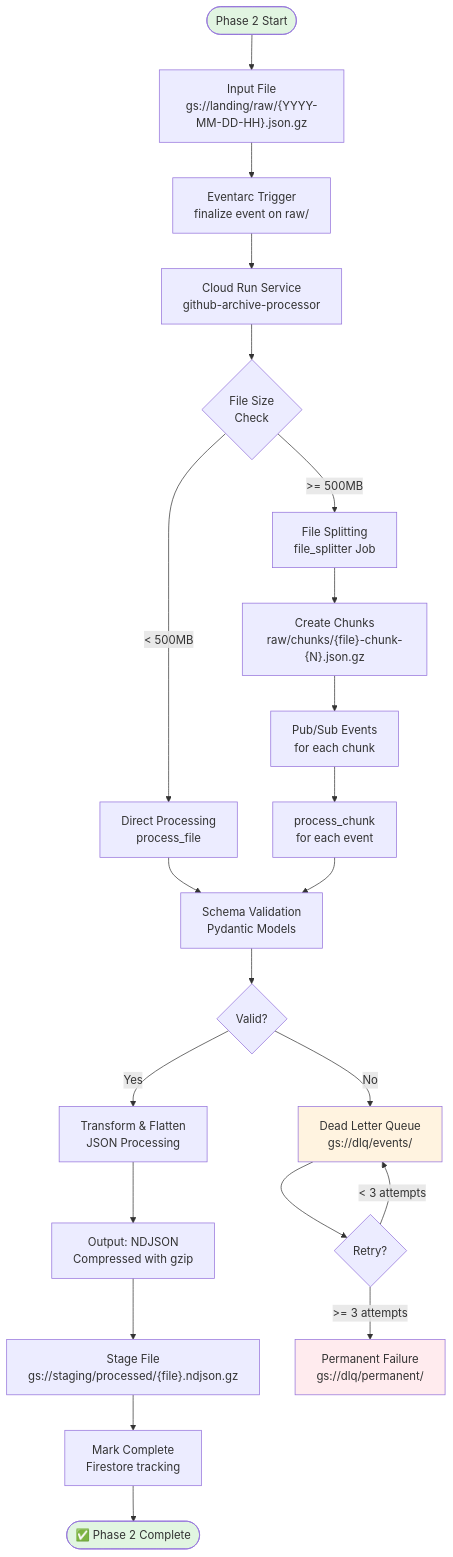
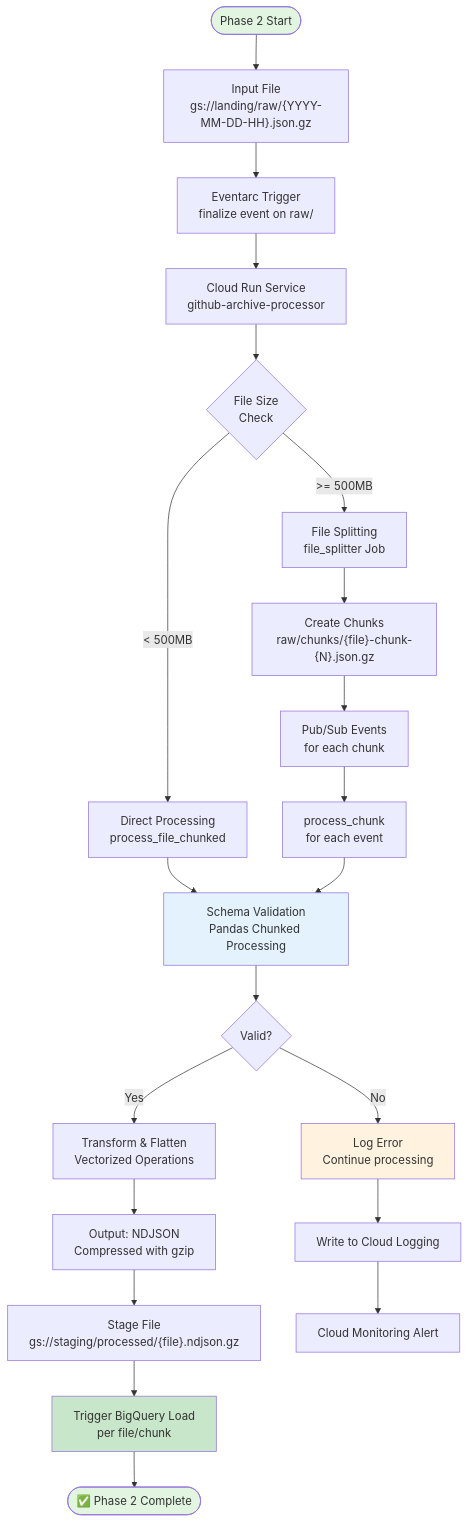
The diagram in design/github_archive/phase2_process_files/diagrams/01_main_flow.md (prateekpanjla-outlook/gcp_data_proc), drawn with Mermaid before and after one commit. The commit also changed other lines of this file and 8 other files, not shown here.

First line of the commit message:
refactor: simplify Phase 2 architecture - remove Firestore tracking

````diff
--- a/design/github_archive/phase2_process_files/diagrams/01_main_flow.md
+++ b/design/github_archive/phase2_process_files/diagrams/01_main_flow.md
@@ -3,39 +3,39 @@
 ```mermaid
 graph TD
     Start([Phase 2 Start]) --> Input["Input File<br>gs://landing/raw/{YYYY-MM-DD-HH}.json.gz"]
 
     Input --> EventArc[Eventarc Trigger<br>finalize event on raw/]
 
     EventArc --> CR[Cloud Run Service<br>github-archive-processor]
 
     CR --> SizeCheck{File Size<br>Check}
 
-    SizeCheck -->|< 500MB| Direct[Direct Processing<br>process_file]
+    SizeCheck -->|< 500MB| Direct[Direct Processing<br>process_file_chunked]
     SizeCheck -->|>= 500MB| Split[File Splitting<br>file_splitter Job]
 
     Split --> Chunks["Create Chunks<br>raw/chunks/{file}-chunk-{N}.json.gz"]
     Chunks --> ChunkEvents[Pub/Sub Events<br>for each chunk]
     ChunkEvents --> ChunkProcess[process_chunk<br>for each event]
 
-    Direct --> Validate[Schema Validation<br>Pydantic Models]
+    Direct --> Validate[Schema Validation<br>Pandas Chunked Processing]
     ChunkProcess --> Validate
 
     Validate --> Valid{Valid?}
-    Valid -->|Yes| Transform[Transform & Flatten<br>JSON Processing]
-    Valid -->|No| DLQ[Dead Letter Queue<br>gs://dlq/events/]
+    Valid -->|Yes| Transform[Transform & Flatten<br>Vectorized Operations]
+    Valid -->|No| LogErr[Log Error<br>Continue processing]
 
     Transform --> Output[Output: NDJSON<br>Compressed with gzip]
     Output --> Stage["Stage File<br>gs://staging/processed/{file}.ndjson.gz"]
 
-    Stage --> Complete[Mark Complete<br>Firestore tracking]
-    Complete --> Success([✅ Phase 2 Complete])
+    Stage --> BQLoad[Trigger BigQuery Load<br>per file/chunk]
+    BQLoad --> Success([✅ Phase 2 Complete])
 
-    DLQ --> Retry{Retry?}
-    Retry -->|< 3 attempts| DLQ
-    Retry -->|>= 3 attempts| Permanent[Permanent Failure<br>gs://dlq/permanent/]
+    LogErr --> LogWrite[Write to Cloud Logging]
+    LogWrite --> Monitor[Cloud Monitoring Alert]
 
     style Start fill:#e1f5e1
     style Success fill:#e1f5e1
-    style DLQ fill:#fff3e0
-    style Permanent fill:#ffebee
+    style LogErr fill:#fff3e0
+    style Validate fill:#e3f2fd
+    style BQLoad fill:#c8e6c9
 ```
````
